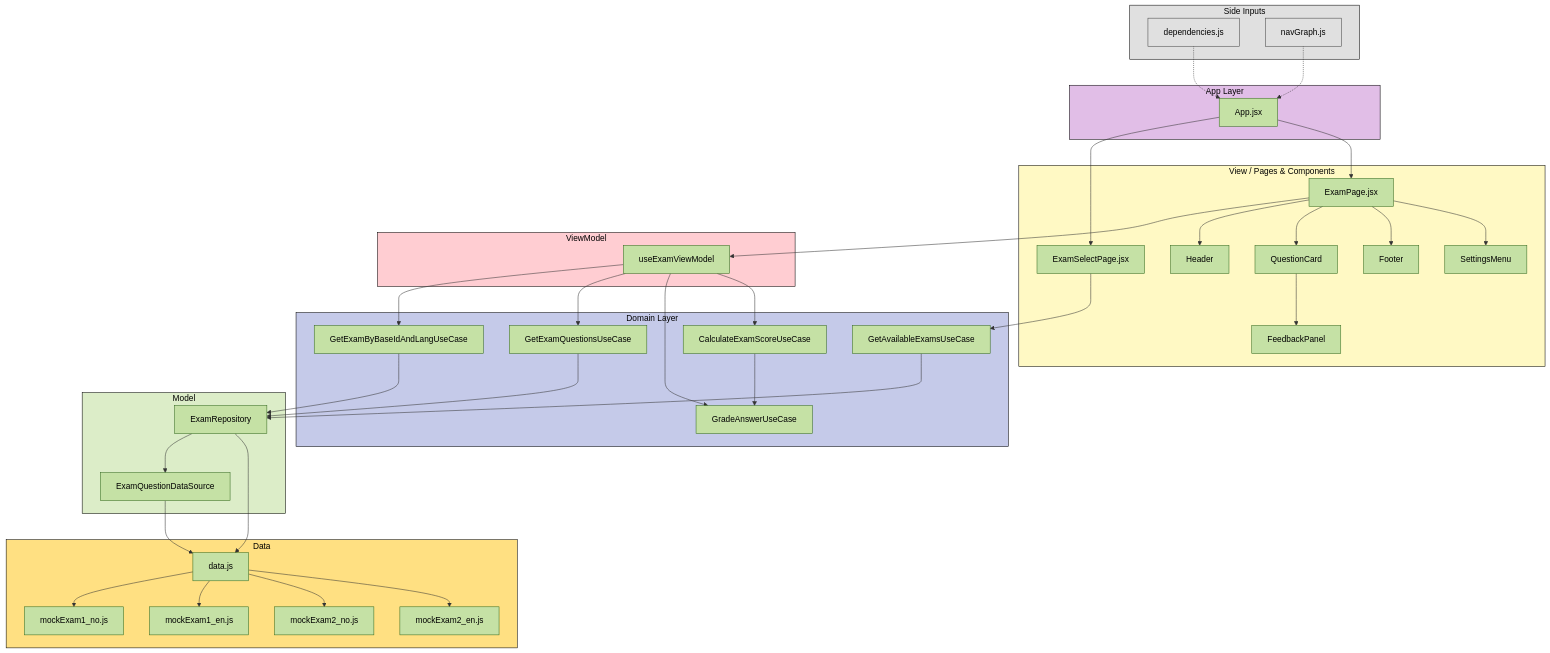
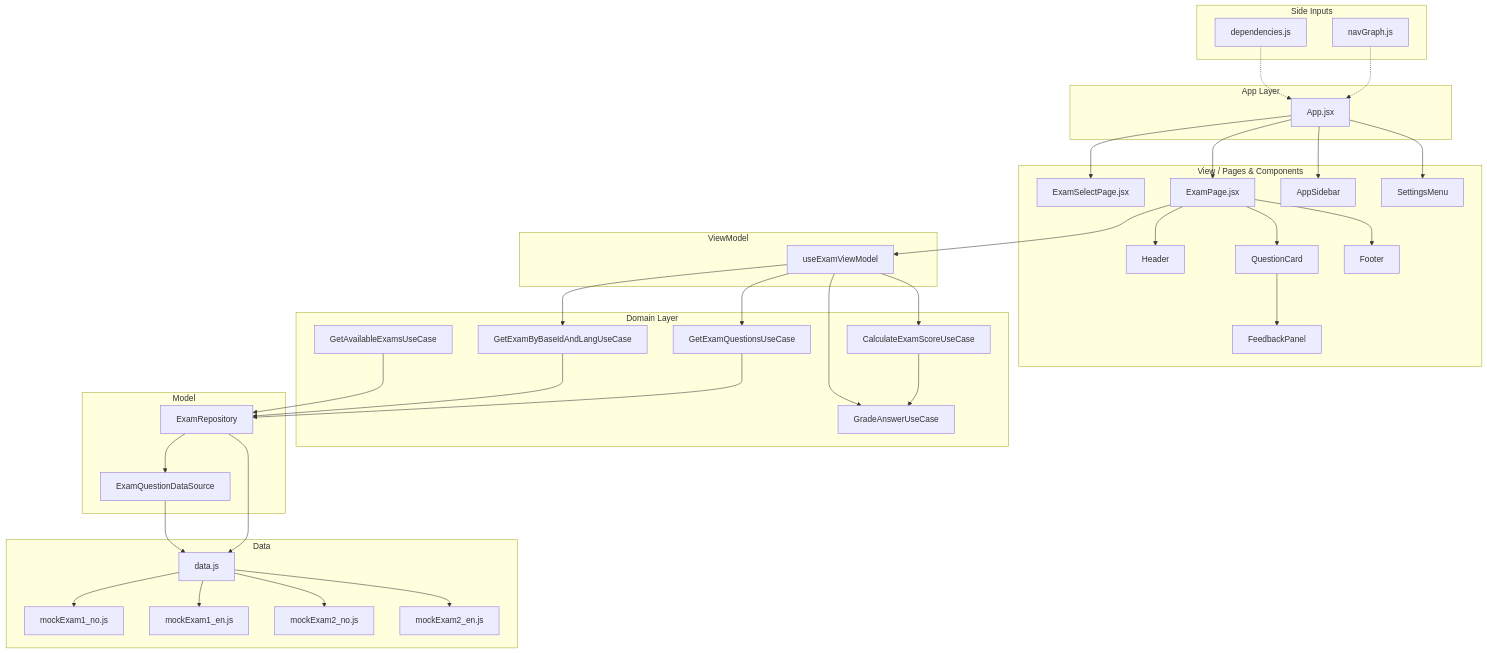
The diagram in README.md (FredrikVE/ExamPrepper), drawn with Mermaid before and after one commit. The commit also changed other lines of this file, not shown here.

````diff
--- a/README.md
+++ b/README.md
@@ -262,6 +254,7 @@
 subgraph View["View / Pages & Components"]
     ExamSelectPage["ExamSelectPage.jsx"]
     ExamPage["ExamPage.jsx"]
+    AppSidebar["AppSidebar"]
     Header["Header"]
     QuestionCard["QuestionCard"]
     FeedbackPanel["FeedbackPanel"]
@@ -297,17 +290,16 @@
 DI -.-> App
 NavGraph -.-> App
 
+App --> AppSidebar
 App --> ExamSelectPage
 App --> ExamPage
+App --> SettingsMenu
 
-ExamSelectPage --> GetAvailableExamsUC
 ExamPage --> ExamVM
-
 ExamPage --> Header
 ExamPage --> QuestionCard
 QuestionCard --> FeedbackPanel
 ExamPage --> Footer
-ExamPage --> SettingsMenu
 
 ExamVM --> GetExamByBaseIdAndLangUC
 ExamVM --> GetExamQuestionsUC
@@ -328,28 +320,4 @@
 DataRegistry --> MockExam1En
 DataRegistry --> MockExam2No
 DataRegistry --> MockExam2En
-
-classDef sideNode fill:#E0E0E0,stroke:#424242,color:#000000
-classDef appNode fill:#C5E1A5,stroke:#33691E,color:#000000
-classDef viewNode fill:#C5E1A5,stroke:#33691E,color:#000000
-classDef viewModelNode fill:#C5E1A5,stroke:#33691E,color:#000000
-classDef domainNode fill:#C5E1A5,stroke:#33691E,color:#000000
-classDef modelNode fill:#C5E1A5,stroke:#33691E,color:#000000
-classDef dataNode fill:#C5E1A5,stroke:#33691E,color:#000000
-
-class DI,NavGraph sideNode
-class App appNode
-class ExamSelectPage,ExamPage,Header,QuestionCard,FeedbackPanel,Footer,SettingsMenu viewNode
-class ExamVM viewModelNode
-class GetAvailableExamsUC,GetExamByBaseIdAndLangUC,GetExamQuestionsUC,GradeAnswerUC,CalculateScoreUC domainNode
-class Repo,DS modelNode
-class DataRegistry,MockExam1No,MockExam1En,MockExam2No,MockExam2En dataNode
-
-style SideInputs stroke:#000000,fill:#E0E0E0,color:#000000
-style AppLayer stroke:#000000,fill:#E1BEE7,color:#000000
-style View stroke:#000000,fill:#FFF9C4,color:#000000
-style ViewModel stroke:#000000,fill:#FFCDD2,color:#000000
-style Domain stroke:#000000,fill:#C5CAE9,color:#000000
-style Model stroke:#000000,fill:#DCEDC8,color:#000000
-style Data stroke:#000000,fill:#FFE082,color:#000000
 ```
````
